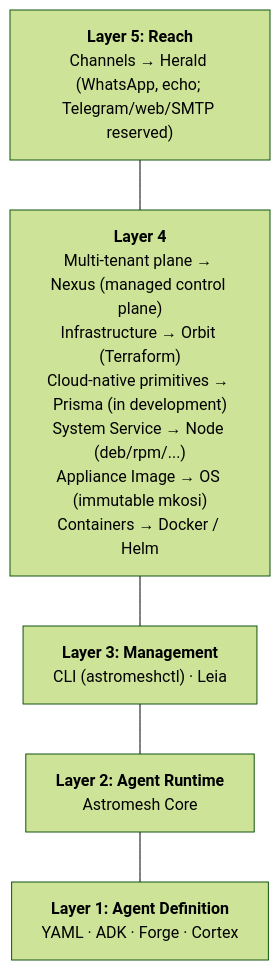
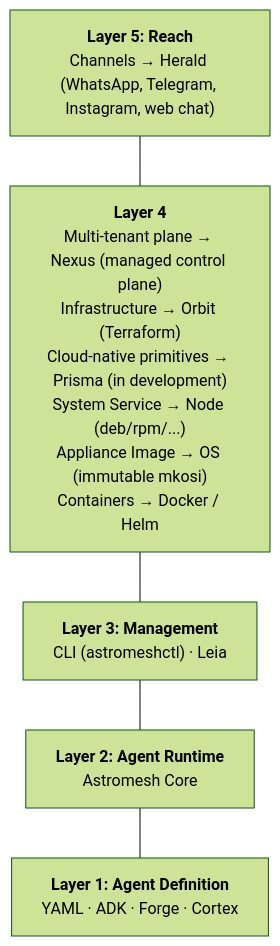
Before and after one commit to monaccode/astromesh: the second of 2 diagrams in docs-site/src/content/docs/getting-started/ecosystem.md, drawn with Mermaid (forest theme). The commit also changed other lines of this file and 13 other files, not shown here.

````diff
--- a/docs-site/src/content/docs/getting-started/ecosystem.md
+++ b/docs-site/src/content/docs/getting-started/ecosystem.md
@@ -118,19 +118,19 @@
 ```mermaid
 flowchart TB
     l5["`**Layer 5: Reach**
-    Channels → Herald (WhatsApp, echo; Telegram/web/SMTP reserved)`"]
+    Channels → Herald (WhatsApp, Telegram, Instagram, web chat)`"]
     l4["`**Layer 4**
     Multi-tenant plane → Nexus (managed control plane)
     Infrastructure → Orbit (Terraform)
     Cloud-native primitives → Prisma (in development)
     System Service → Node (deb/rpm/...)
     Appliance Image → OS (immutable mkosi)
     Containers → Docker / Helm`"]
     l3["`**Layer 3: Management**
     CLI (astromeshctl) · Leia`"]
     l2["`**Layer 2: Agent Runtime**
     Astromesh Core`"]
     l1["`**Layer 1: Agent Definition**
     YAML · ADK · Forge · Cortex`"]
     l5 --- l4 --- l3 --- l2 --- l1
 ```
````
